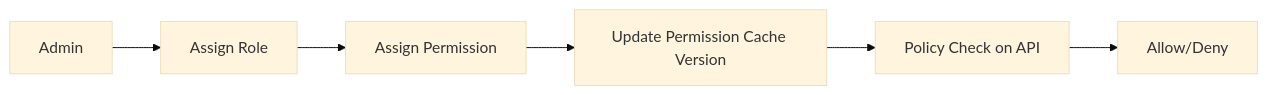
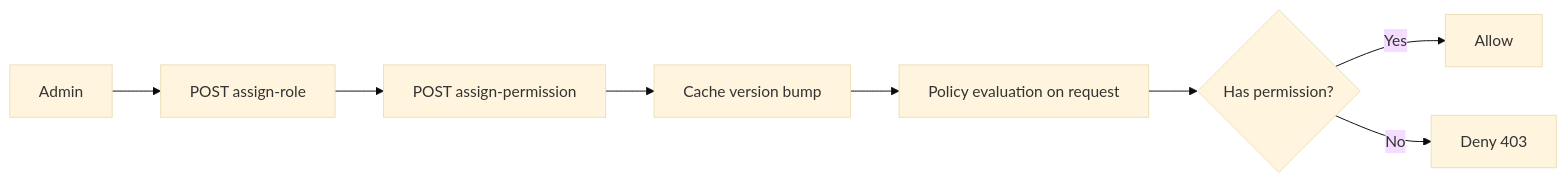
Before and after one commit to FarhadAhmadi/CleanArchitecture-Base: the second of 15 diagrams in docs/modules/Usage-and-Workflows-fa.md, drawn with Mermaid (base theme). The commit also changed other lines of this file and 12 other files, not shown here.

````diff
--- a/docs/modules/Usage-and-Workflows-fa.md
+++ b/docs/modules/Usage-and-Workflows-fa.md
@@ -44,8 +86,10 @@
 ```mermaid
 flowchart LR
-    A[Admin] --> B[Assign Role]
-    B --> C[Assign Permission]
-    C --> D[Update Permission Cache Version]
-    D --> E[Policy Check on API]
-    E --> F[Allow/Deny]
+    A[Admin] --> B[POST assign-role]
+    B --> C[POST assign-permission]
+    C --> D[Cache version bump]
+    D --> E[Policy evaluation on request]
+    E --> F{Has permission?}
+    F -->|Yes| G[Allow]
+    F -->|No| H[Deny 403]
 ```
````
